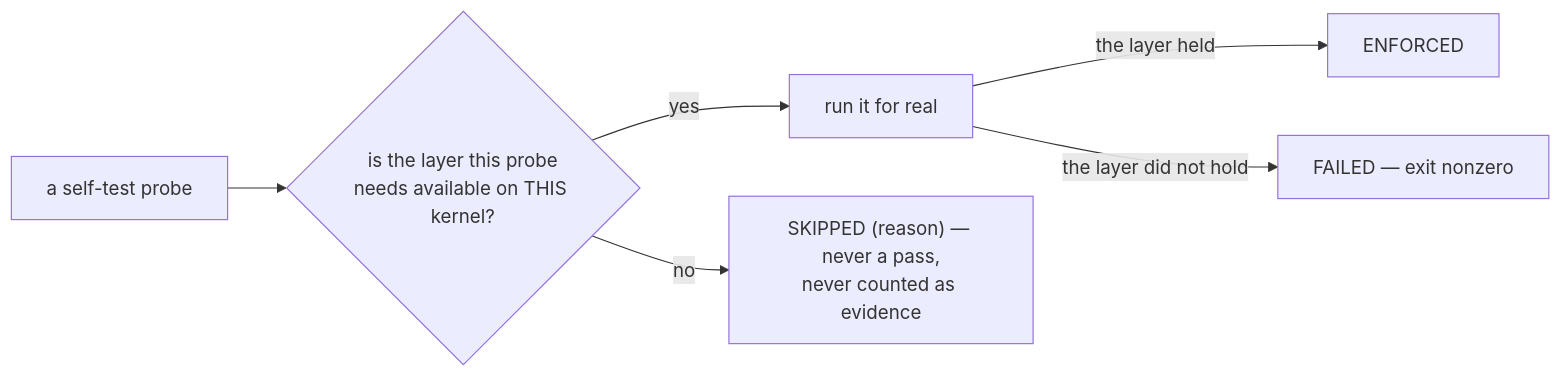
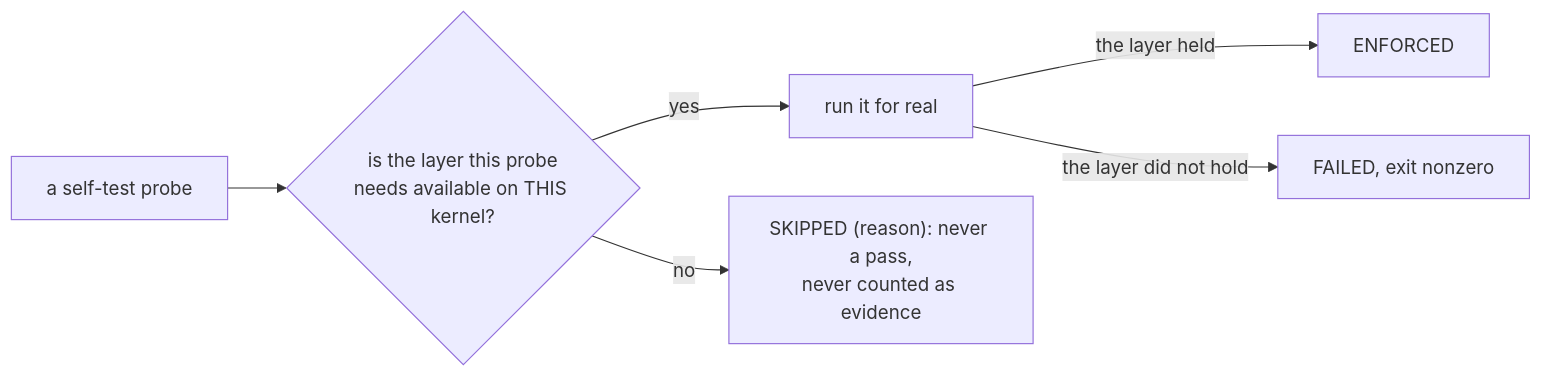
The third of 4 diagrams in packages/sandbox/README.md (Roasbeef/loom), drawn with Mermaid before and after one commit. The commit also changed other lines of this file, not shown here.

````diff
--- a/packages/sandbox/README.md
+++ b/packages/sandbox/README.md
@@ -74,15 +132,15 @@
 ```mermaid
 flowchart LR
     Probe["a self-test probe"]
     Avail{"is the layer this probe<br/>needs available on THIS kernel?"}
     Run["run it for real"]
     Enforced["ENFORCED"]
-    Failed["FAILED — exit nonzero"]
-    Skipped["SKIPPED (reason) — never a pass,<br/>never counted as evidence"]
+    Failed["FAILED, exit nonzero"]
+    Skipped["SKIPPED (reason): never a pass,<br/>never counted as evidence"]
 
     Probe --> Avail
     Avail -->|yes| Run
     Run -->|the layer held| Enforced
     Run -->|the layer did not hold| Failed
     Avail -->|no| Skipped
 ```
````
